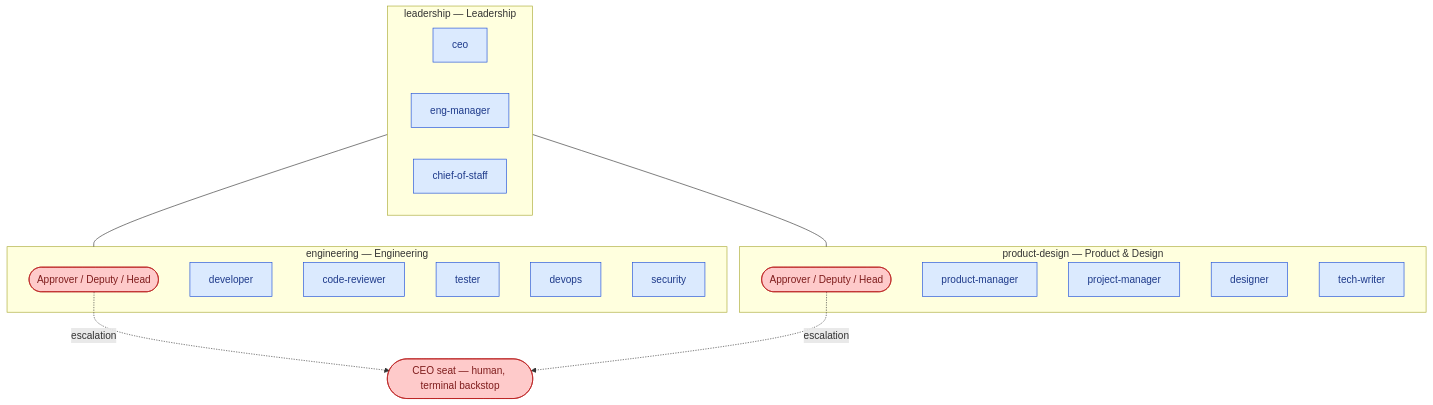
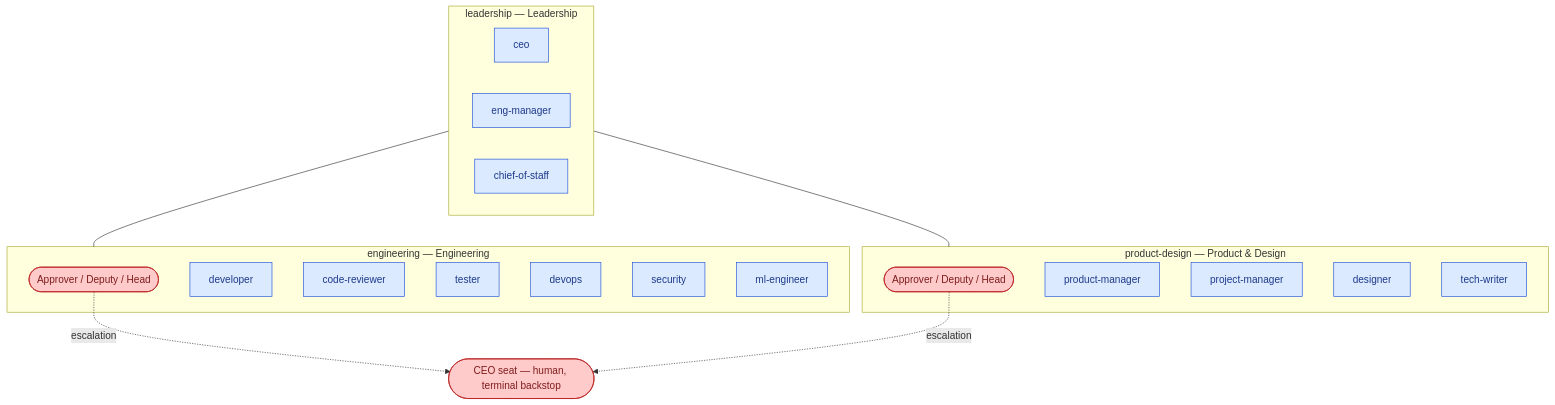
Before and after one commit to sarankani/ai-company: the first of 2 diagrams in docs/org/agent-map-org.md, drawn with Mermaid. The commit also changed other lines of this file and 22 other files, not shown here.

````diff
--- a/docs/org/agent-map-org.md
+++ b/docs/org/agent-map-org.md
@@ -9,36 +9,37 @@
 ```mermaid
 flowchart TD
   classDef ai fill:#dbeafe,stroke:#1d4ed8,color:#1e3a8a
   classDef human fill:#fecaca,stroke:#b91c1c,color:#7f1d1d
   classDef dept fill:#f8fafc,stroke:#94a3b8,color:#334155
 
   ceoSeat([CEO seat — human, terminal backstop]):::human
 
   subgraph leadership [leadership — Leadership]
     ceo[ceo]:::ai
     engmgr[eng-manager]:::ai
     cos[chief-of-staff]:::ai
   end
 
   subgraph engineering [engineering — Engineering]
     engH([Approver / Deputy / Head]):::human
     dev[developer]:::ai
     cr[code-reviewer]:::ai
     tester[tester]:::ai
     devops[devops]:::ai
     sec[security]:::ai
+    mle[ml-engineer]:::ai
   end
 
   subgraph productdesign [product-design — Product & Design]
     pdH([Approver / Deputy / Head]):::human
     pm[product-manager]:::ai
     projm[project-manager]:::ai
     designer[designer]:::ai
     tw[tech-writer]:::ai
   end
 
   engH -. escalation .-> ceoSeat
   pdH -. escalation .-> ceoSeat
   leadership --- engineering
   leadership --- productdesign
 ```
````
